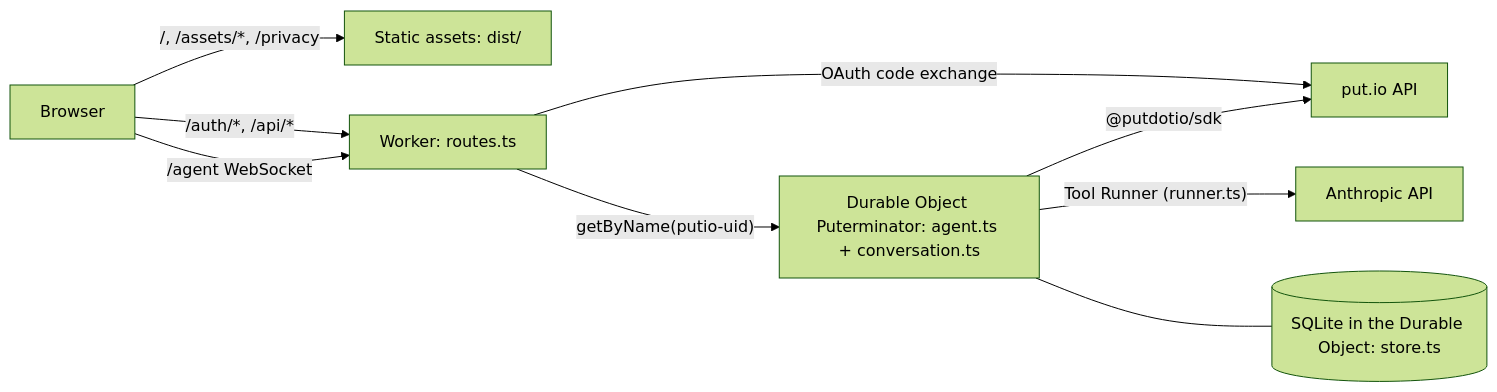
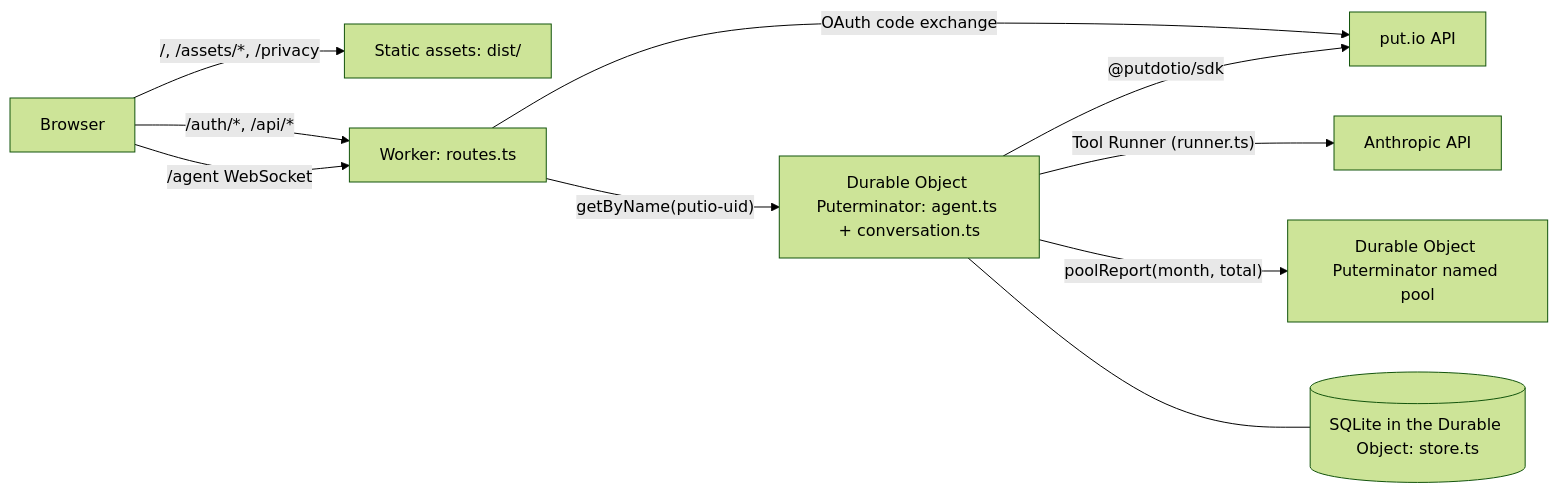
The first of 4 diagrams in docs/architecture.md (altaywtf/puterminator), drawn with Mermaid (forest theme) before and after one commit. The commit also changed other lines of this file and 43 other files, not shown here.

````diff
--- a/docs/architecture.md
+++ b/docs/architecture.md
@@ -7,11 +7,12 @@
 ```mermaid
 flowchart LR
   B[Browser] -- "/, /assets/*, /privacy" --> A[Static assets: dist/]
   B -- "/auth/*, /api/*" --> W[Worker: routes.ts]
   B -- "/agent WebSocket" --> W
   W -- "getByName(putio-uid)" --> D[Durable Object Puterminator: agent.ts + conversation.ts]
   W -- OAuth code exchange --> P[put.io API]
   D -- "@putdotio/sdk" --> P
   D -- "Tool Runner (runner.ts)" --> C[Anthropic API]
+  D -- "poolReport(month, total)" --> L[Durable Object Puterminator named pool]
   D --- S[(SQLite in the Durable Object: store.ts)]
 ```
````
